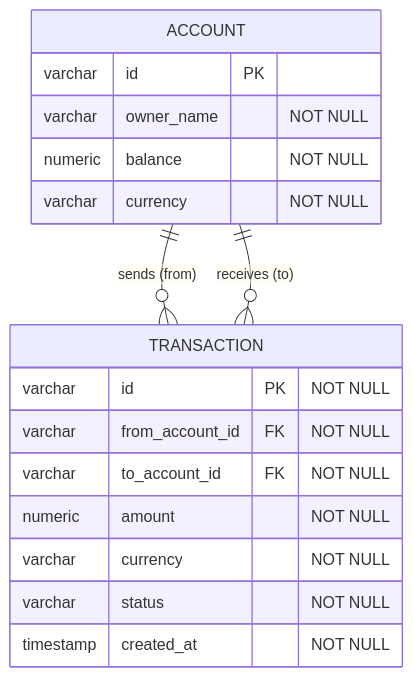
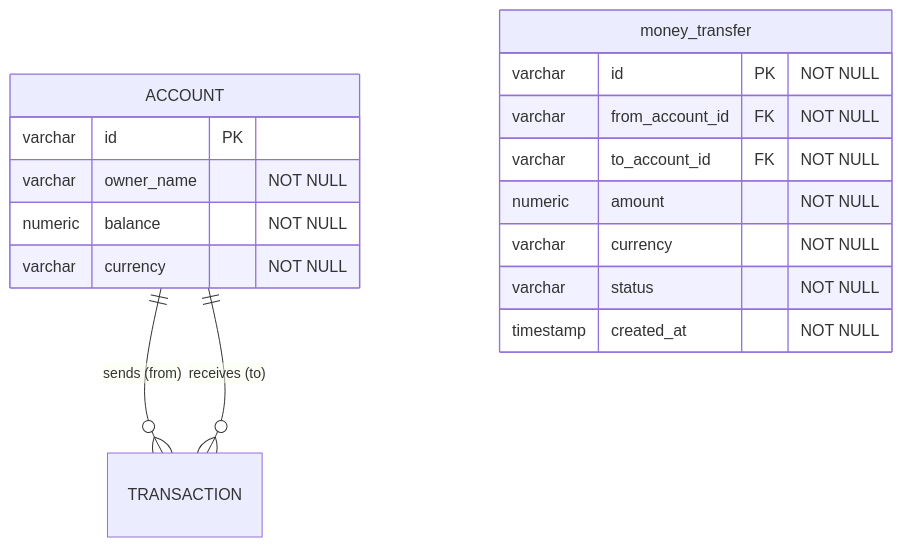
One commit to kizouker/transaction-management-backend-level-1 changed the diagram in sql/schema.md. Above: the diagram before and after it, drawn with Mermaid. The commit also changed other lines of this file and 4 other files, not shown here.

Commit message:
Added gitactions flow for sql

````diff
--- a/sql/schema.md
+++ b/sql/schema.md
@@ -2,23 +2,23 @@
 ```mermaid 
 erDiagram
  ACCOUNT ||--o{ TRANSACTION : "sends (from)"
 ACCOUNT ||--o{ TRANSACTION : "receives (to)"
 
 
     ACCOUNT {
         varchar id PK 
         varchar owner_name "NOT NULL"
         numeric balance "NOT NULL"
         varchar currency "NOT NULL"
     }
-    TRANSACTION {
+    money_transfer {
         varchar id PK "NOT NULL"
         varchar from_account_id FK "NOT NULL"
         varchar to_account_id FK "NOT NULL"
         numeric amount "NOT NULL"
         varchar currency "NOT NULL"
         varchar status "NOT NULL"
         timestamp created_at"NOT NULL"
     }
 
 ```
````
